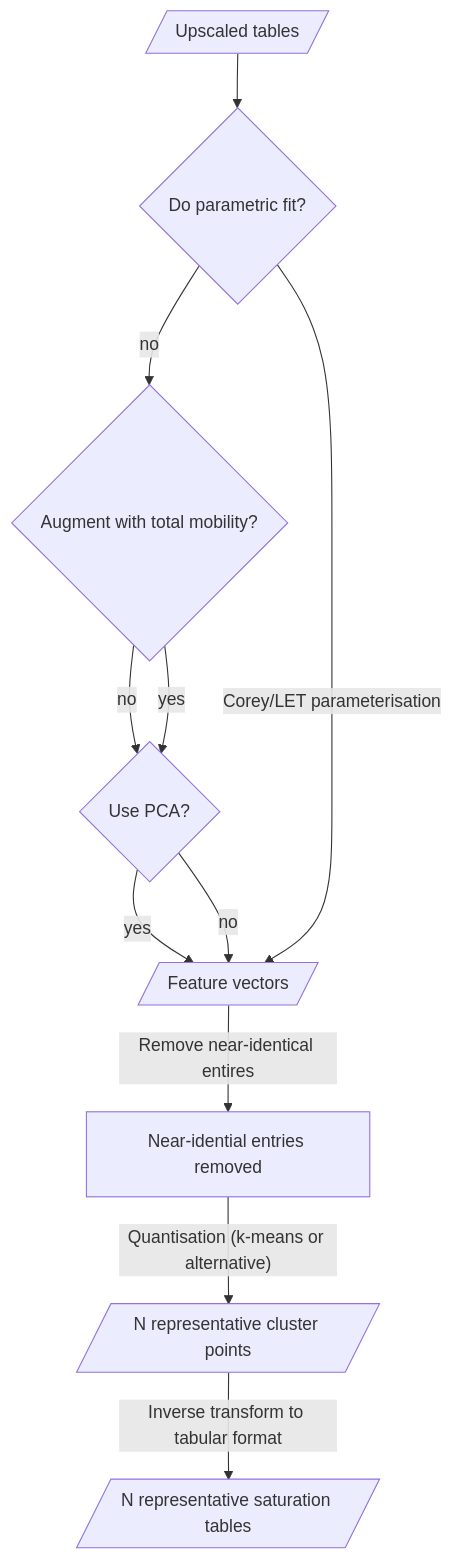
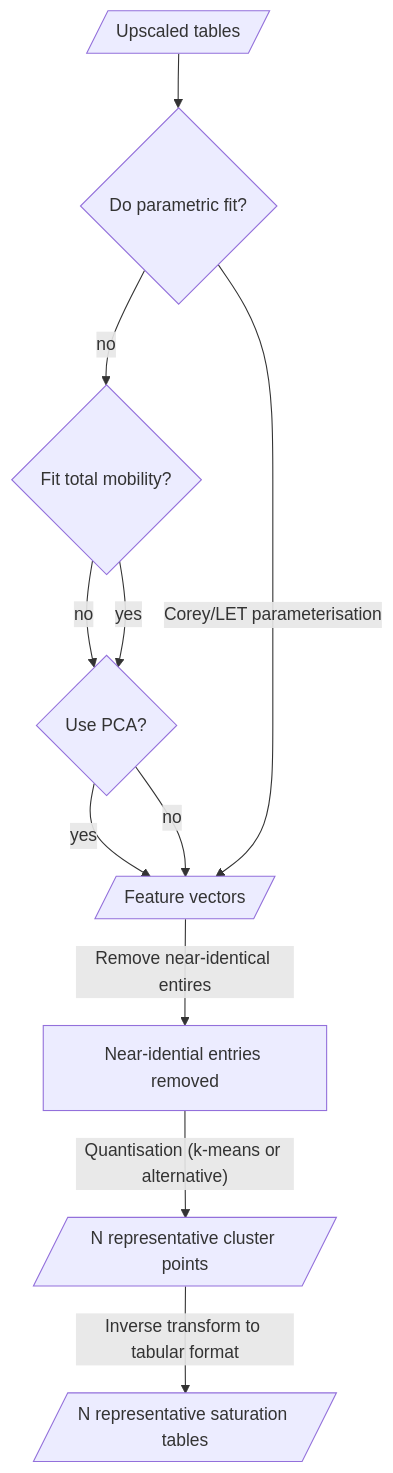
Before and after one commit to ImperialCollegeLondon/StrataTrapper: the first of 2 diagrams in src/compress/README.md, drawn with Mermaid.

````diff
--- a/src/compress/README.md
+++ b/src/compress/README.md
@@ -35,23 +35,23 @@
 ```mermaid
 flowchart TD
 upsc[/Upscaled tables/]
 do_param_fit{Do parametric fit?}
-embed{Augment with total mobility?}
+embed{Fit total mobility?}
 clean[Near-idential entries removed]
 red{Use PCA?}
 latent[/Feature vectors/]
 repr[/N representative cluster points/]
 tabs[/N representative saturation tables/]
 
 upsc --> do_param_fit
 do_param_fit -- no --> embed
 embed -- no --> red
 embed -- yes --> red
 red -- yes --> latent
 red -- no --> latent
 do_param_fit-- Corey/LET parameterisation --> latent
 latent -- Remove near-identical entires --> clean
 clean -- "Quantisation (k-means or alternative)" --> repr
 repr -- "Inverse transform to tabular format" --> tabs
 
 ```
````
